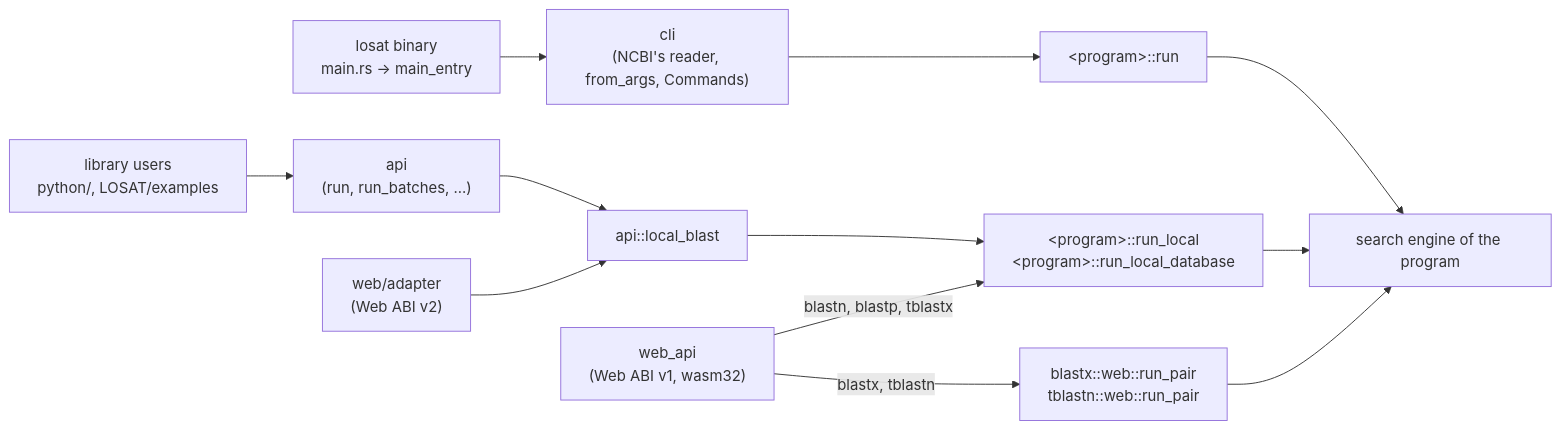
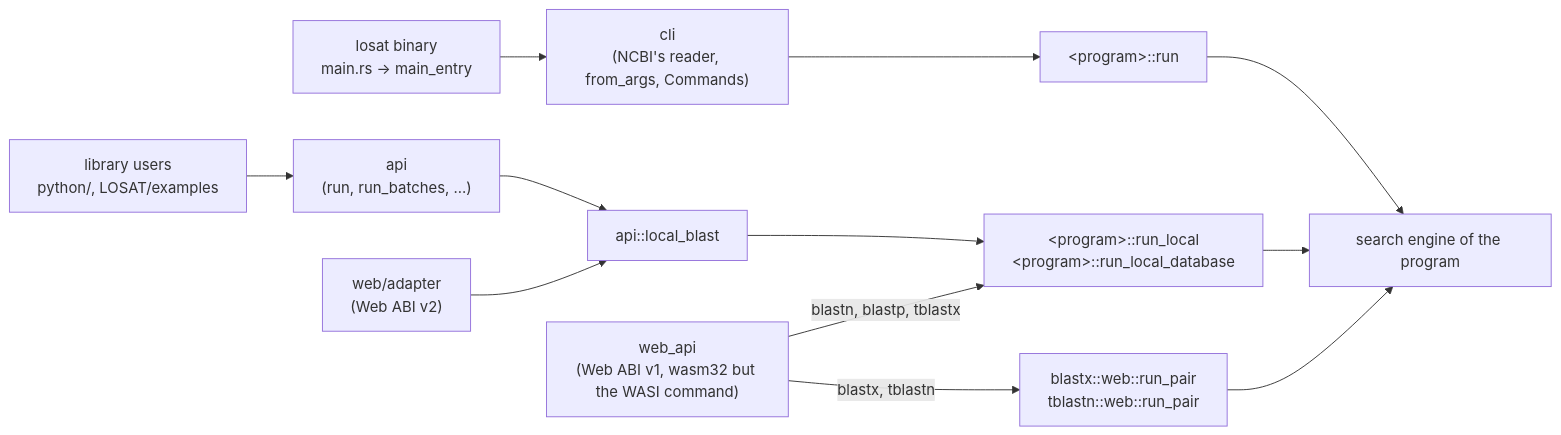
Before and after one commit to satoshikawato/LOSAT: the first of 4 diagrams in docs/architecture/engine.md, drawn with Mermaid. The commit also changed other lines of this file and 25 other files, not shown here.

````diff
--- a/docs/architecture/engine.md
+++ b/docs/architecture/engine.md
@@ -36,14 +36,14 @@
 ```mermaid
 flowchart LR
   bin["losat binary<br/>main.rs → main_entry"] --> cli["cli<br/>(NCBI's reader, from_args, Commands)"]
   cli --> run["&lt;program&gt;::run"]
   lib["library users<br/>python/, LOSAT/examples"] --> api["api<br/>(run, run_batches, ...)"]
   api --> lb["api::local_blast"]
   adapter["web/adapter<br/>(Web ABI v2)"] --> lb
-  webapi["web_api<br/>(Web ABI v1, wasm32)"] -->|"blastn, blastp, tblastx"| local
+  webapi["web_api<br/>(Web ABI v1, wasm32 but the WASI command)"] -->|"blastn, blastp, tblastx"| local
   webapi -->|"blastx, tblastn"| pair["blastx::web::run_pair<br/>tblastn::web::run_pair"]
   pair --> engine
   lb --> local["&lt;program&gt;::run_local<br/>&lt;program&gt;::run_local_database"]
   run --> engine["search engine of the program"]
   local --> engine
 ```
````
